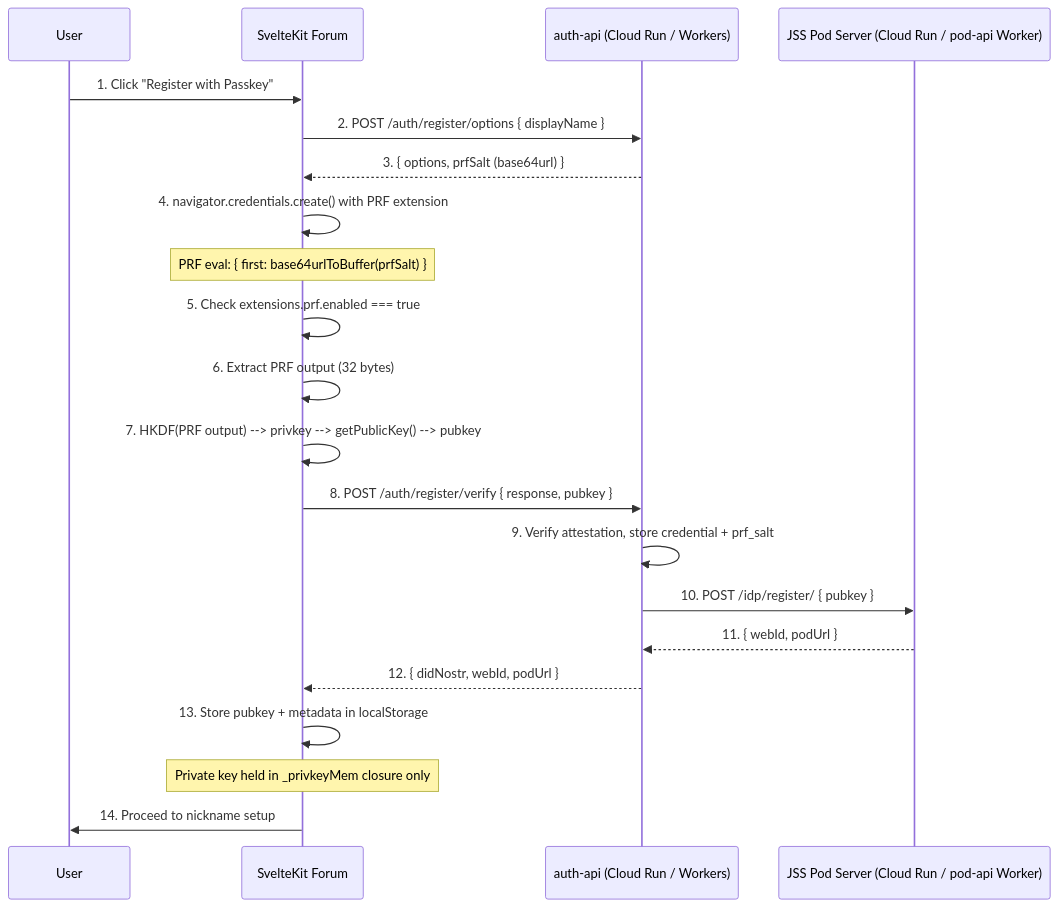
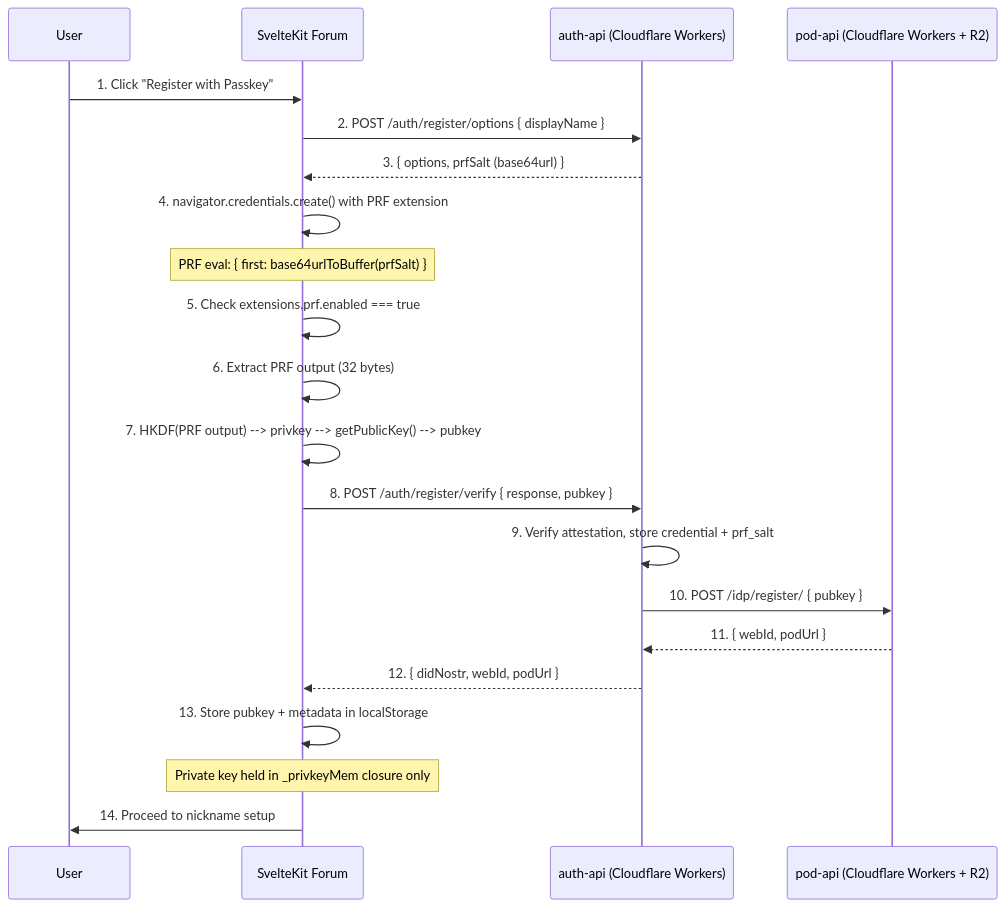
The first of 2 diagrams in docs/features/authentication.md (DreamLab-AI/dreamlab-ai-website), drawn with Mermaid before and after one commit. The commit also changed other lines of this file and 36 other files, not shown here.

First line of the commit message:
Update 37 docs files: remove GCP references, reflect Cloudflare Workers architecture

````diff
--- a/docs/features/authentication.md
+++ b/docs/features/authentication.md
@@ -63,28 +63,28 @@
 ```mermaid
 sequenceDiagram
     participant User
     participant Client as SvelteKit Forum
-    participant AuthAPI as auth-api (Cloud Run / Workers)
-    participant JSS as JSS Pod Server (Cloud Run / pod-api Worker)
+    participant AuthAPI as auth-api (Cloudflare Workers)
+    participant JSS as pod-api (Cloudflare Workers + R2)
 
     User->>Client: 1. Click "Register with Passkey"
     Client->>AuthAPI: 2. POST /auth/register/options { displayName }
     AuthAPI-->>Client: 3. { options, prfSalt (base64url) }
 
     Client->>Client: 4. navigator.credentials.create() with PRF extension
     Note over Client: PRF eval: { first: base64urlToBuffer(prfSalt) }
 
     Client->>Client: 5. Check extensions.prf.enabled === true
     Client->>Client: 6. Extract PRF output (32 bytes)
     Client->>Client: 7. HKDF(PRF output) --> privkey --> getPublicKey() --> pubkey
 
     Client->>AuthAPI: 8. POST /auth/register/verify { response, pubkey }
     AuthAPI->>AuthAPI: 9. Verify attestation, store credential + prf_salt
     AuthAPI->>JSS: 10. POST /idp/register/ { pubkey }
     JSS-->>AuthAPI: 11. { webId, podUrl }
     AuthAPI-->>Client: 12. { didNostr, webId, podUrl }
 
     Client->>Client: 13. Store pubkey + metadata in localStorage
     Note over Client: Private key held in _privkeyMem closure only
     Client->>User: 14. Proceed to nickname setup
 ```
````
